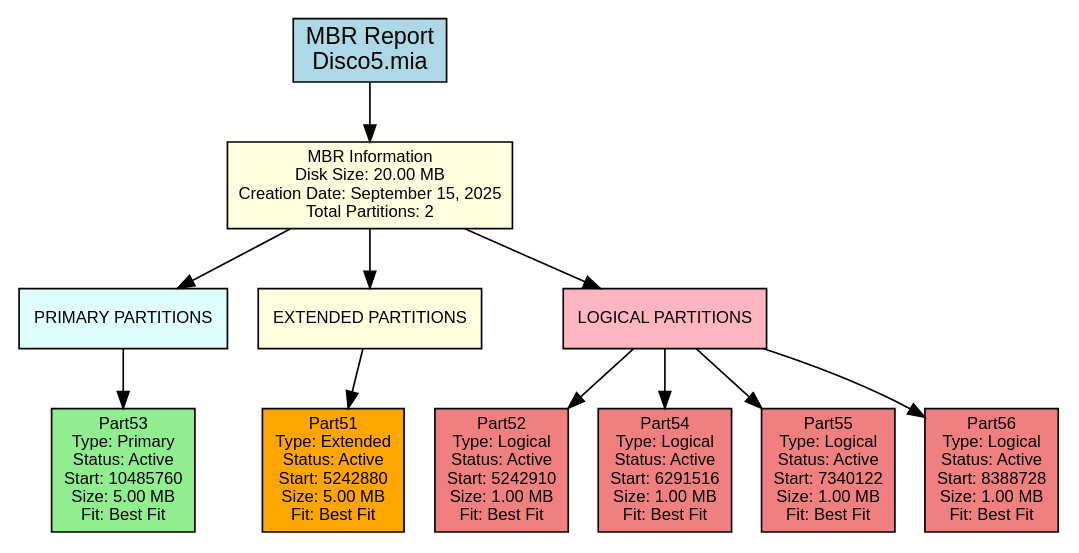
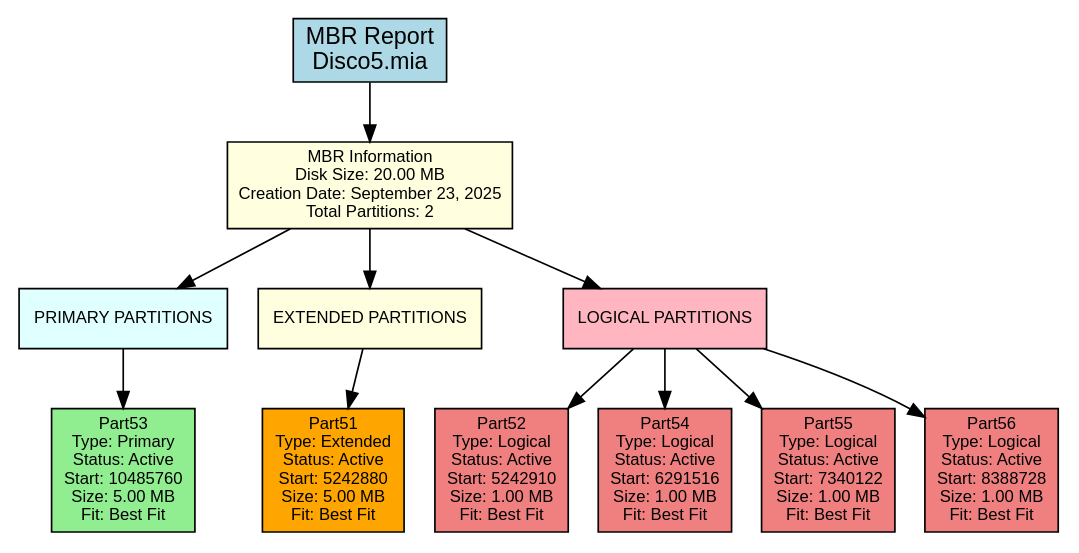
One commit to DiegVas/MIA_2S2025_P2_202300638 changed the diagram in backend/provider/reports/src/mbr_381C.dot. Above: the diagram before and after it, drawn with Graphviz. The commit also changed 27 other files, not shown here.

Commit message:
feat: view all disk with name, size, and count partitions feat: a register all disks in txt file

```diff
--- a/backend/provider/reports/src/mbr_381C.dot
+++ b/backend/provider/reports/src/mbr_381C.dot
@@ -1,34 +1,34 @@
 digraph MBR_Report {
     rankdir=TB;
     node [shape=box, style=filled];
     graph [fontname="Arial", fontsize=12];
     node [fontname="Arial", fontsize=10];
     edge [fontname="Arial"];
 
     title [label="MBR Report\nDisco5.mia", fillcolor=lightblue, fontsize=14];
 
-    mbr_info [label="MBR Information\nDisk Size: 20.00 MB\nCreation Date: September 15, 2025\nTotal Partitions: 2", fillcolor=lightyellow];
+    mbr_info [label="MBR Information\nDisk Size: 20.00 MB\nCreation Date: September 23, 2025\nTotal Partitions: 2", fillcolor=lightyellow];
 
     primary_section [label="PRIMARY PARTITIONS", shape=box, style=filled, fillcolor=lightcyan];
     primary_0 [label="Part53\nType: Primary\nStatus: Active\nStart: 10485760\nSize: 5.00 MB\nFit: Best Fit", fillcolor=lightgreen];
     primary_section -> primary_0;
 
     extended_section [label="EXTENDED PARTITIONS", shape=box, style=filled, fillcolor=lightyellow];
     extended_0 [label="Part51\nType: Extended\nStatus: Active\nStart: 5242880\nSize: 5.00 MB\nFit: Best Fit", fillcolor=orange];
     extended_section -> extended_0;
 
     logical_section [label="LOGICAL PARTITIONS", shape=box, style=filled, fillcolor=lightpink];
     logical_0 [label="Part52\nType: Logical\nStatus: Active\nStart: 5242910\nSize: 1.00 MB\nFit: Best Fit", fillcolor=lightcoral];
     logical_section -> logical_0;
     logical_1 [label="Part54\nType: Logical\nStatus: Active\nStart: 6291516\nSize: 1.00 MB\nFit: Best Fit", fillcolor=lightcoral];
     logical_section -> logical_1;
     logical_2 [label="Part55\nType: Logical\nStatus: Active\nStart: 7340122\nSize: 1.00 MB\nFit: Best Fit", fillcolor=lightcoral];
     logical_section -> logical_2;
     logical_3 [label="Part56\nType: Logical\nStatus: Active\nStart: 8388728\nSize: 1.00 MB\nFit: Best Fit", fillcolor=lightcoral];
     logical_section -> logical_3;
 
     title -> mbr_info;
     mbr_info -> primary_section;
     mbr_info -> extended_section;
     mbr_info -> logical_section;
 }
```
